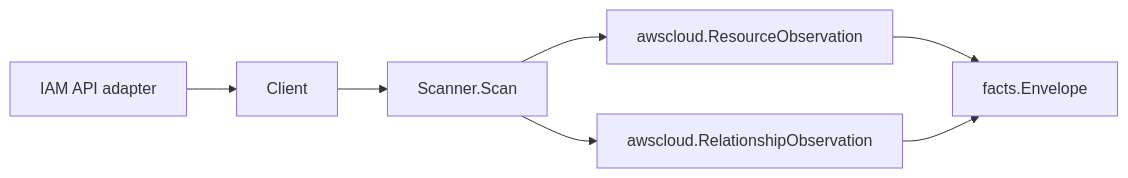
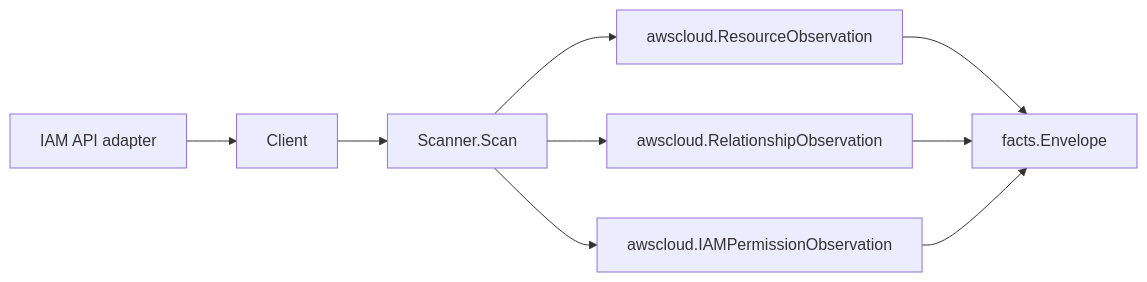
One commit to eshu-hq/eshu changed the diagram in go/internal/collector/awscloud/services/iam/README.md. Above: the diagram before and after it, drawn with Mermaid. The commit also changed other lines of this file and 25 other files, not shown here.

````diff
--- a/go/internal/collector/awscloud/services/iam/README.md
+++ b/go/internal/collector/awscloud/services/iam/README.md
@@ -15,9 +17,11 @@
 ```mermaid
 flowchart LR
   A["IAM API adapter"] --> B["Client"]
   B --> C["Scanner.Scan"]
   C --> D["awscloud.ResourceObservation"]
   C --> E["awscloud.RelationshipObservation"]
+  C --> G["awscloud.IAMPermissionObservation"]
   D --> F["facts.Envelope"]
   E --> F
+  G --> F
 ```
````
